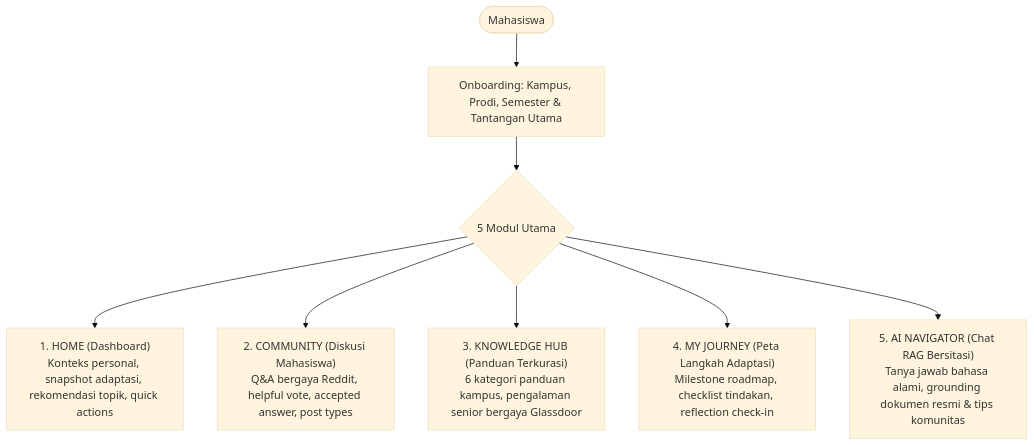
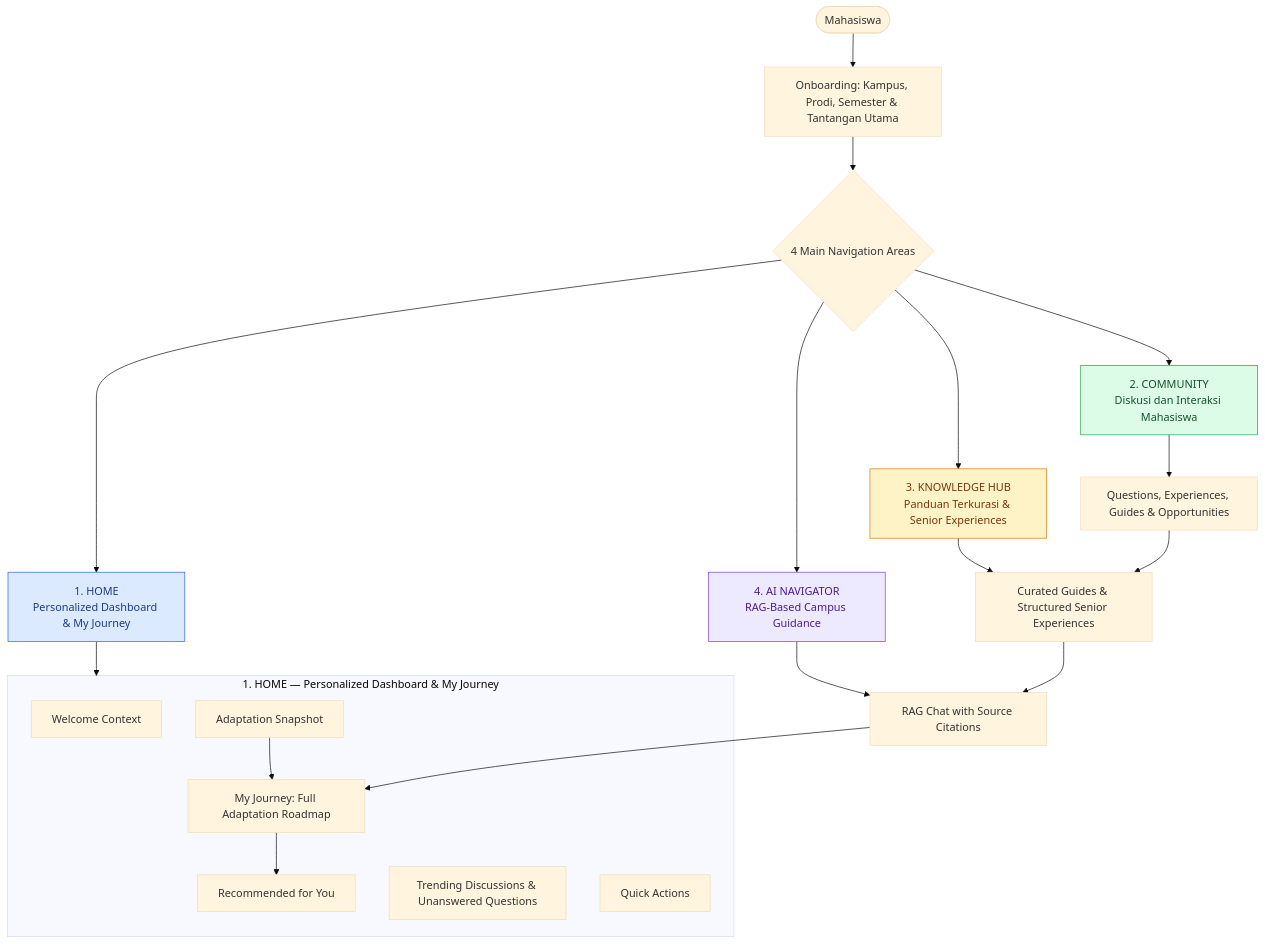
Before and after one commit to salwanettaa/Campus-Compass: the second of 2 diagrams in docs/PRODUCT_SPEC.md, drawn with Mermaid (base theme). The commit also changed other lines of this file, not shown here.

````diff
--- a/docs/PRODUCT_SPEC.md
+++ b/docs/PRODUCT_SPEC.md
@@ -64,11 +64,37 @@
 ```mermaid
 flowchart TD
-    User([Mahasiswa]) --> Onboarding[Onboarding: Kampus, Prodi, Semester & Tantangan Utama]
-    Onboarding --> Nav{5 Modul Utama}
+    User([Mahasiswa]) --> Onboarding["Onboarding: Kampus, Prodi, Semester & Tantangan Utama"]
 
-    Nav --> M1["1. HOME (Dashboard)<br/>Konteks personal, snapshot adaptasi, rekomendasi topik, quick actions"]
-    Nav --> M2["2. COMMUNITY (Diskusi Mahasiswa)<br/>Q&A bergaya Reddit, helpful vote, accepted answer, post types"]
-    Nav --> M3["3. KNOWLEDGE HUB (Panduan Terkurasi)<br/>6 kategori panduan kampus, pengalaman senior bergaya Glassdoor"]
-    Nav --> M4["4. MY JOURNEY (Peta Langkah Adaptasi)<br/>Milestone roadmap, checklist tindakan, reflection check-in"]
-    Nav --> M5["5. AI NAVIGATOR (Chat RAG Bersitasi)<br/>Tanya jawab bahasa alami, grounding dokumen resmi & tips komunitas"]
+    Onboarding --> Nav{"4 Main Navigation Areas"}
+
+    Nav --> M1["1. HOME<br/>Personalized Dashboard & My Journey"]
+    Nav --> M2["2. COMMUNITY<br/>Diskusi dan Interaksi Mahasiswa"]
+    Nav --> M3["3. KNOWLEDGE HUB<br/>Panduan Terkurasi & Senior Experiences"]
+    Nav --> M4["4. AI NAVIGATOR<br/>RAG-Based Campus Guidance"]
+
+    subgraph HOME["1. HOME — Personalized Dashboard & My Journey"]
+        H1["Welcome Context"]
+        H2["Adaptation Snapshot"]
+        H3["My Journey: Full Adaptation Roadmap"]
+        H4["Recommended for You"]
+        H5["Trending Discussions & Unanswered Questions"]
+        H6["Quick Actions"]
+    end
+
+    M1 --> HOME
+    H2 --> H3
+    H3 --> H4
+
+    M2 --> C1["Questions, Experiences, Guides & Opportunities"]
+    M3 --> K1["Curated Guides & Structured Senior Experiences"]
+    M4 --> A1["RAG Chat with Source Citations"]
+
+    C1 --> K1
+    K1 --> A1
+    A1 --> H3
+
+    style M1 fill:#dbeafe,stroke:#2563eb,color:#1e3a8a
+    style M2 fill:#dcfce7,stroke:#16a34a,color:#14532d
+    style M3 fill:#fef3c7,stroke:#d97706,color:#78350f
+    style M4 fill:#ede9fe,stroke:#7c3aed,color:#4c1d95
 ```
````
